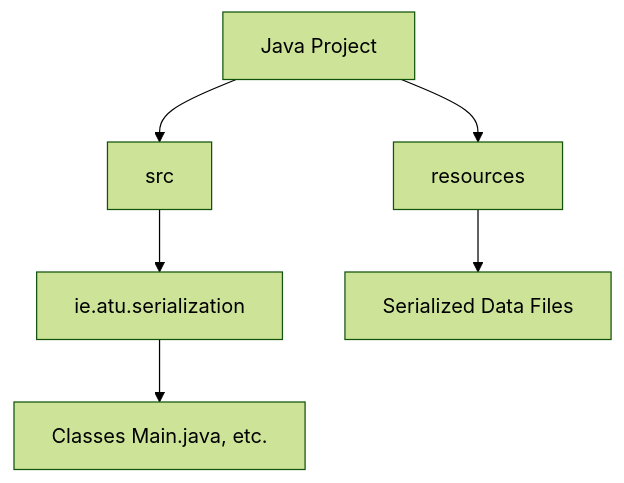
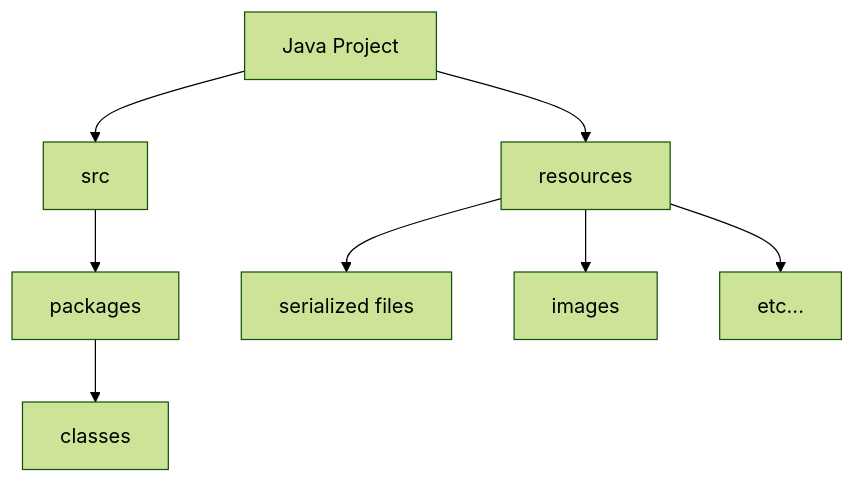
Before and after one commit to DanielCreggOrganization/w9-lab-serialization-nastaj: the first of 6 diagrams in README.md, drawn with Mermaid (forest theme). The commit also changed other lines of this file, not shown here.

````diff
--- a/README.md
+++ b/README.md
@@ -19,8 +19,10 @@
 ```mermaid
 graph TD
     A[Java Project] --> B[src]
     A --> C[resources]
-    B --> D[ie.atu.serialization]
-    D --> E[Classes Main.java, etc.]
-    C --> F[Serialized Data Files]
+    B --> D[packages]
+    D --> E[classes]
+    C --> F[serialized files]
+    C --> G[images]
+    C --> H[etc...]
 ```
````
